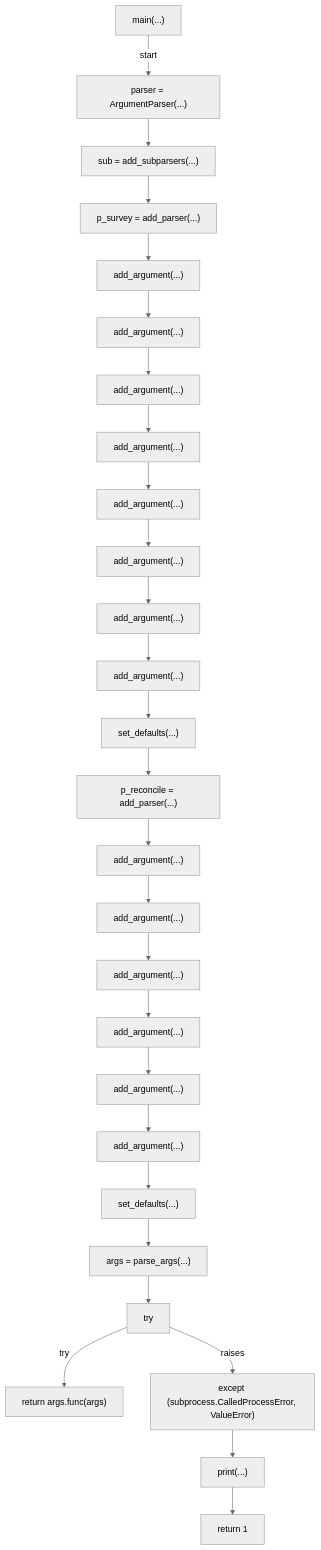
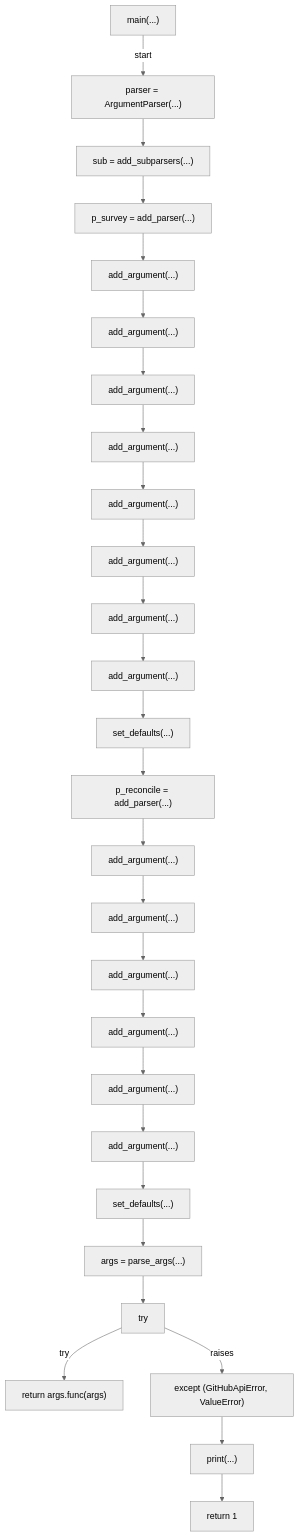
Diagram 25 of 25 in docs/generated/scripts/ast/branch_cleanup.md (tvna/claude-md), drawn with Mermaid (neutral theme) before and after one commit. The commit also changed other lines of this file and 15 other files, not shown here.

First line of the commit message:
docs(generated): regenerate decision tree and workflow diagrams

````diff
--- a/docs/generated/scripts/ast/branch_cleanup.md
+++ b/docs/generated/scripts/ast/branch_cleanup.md
@@ -431,56 +443,56 @@
 ```mermaid
 flowchart TD
     N001["main(...)"]
     N002["parser = ArgumentParser(...)"]
     N003["sub = add_subparsers(...)"]
     N004["p_survey = add_parser(...)"]
     N005["add_argument(...)"]
     N006["add_argument(...)"]
     N007["add_argument(...)"]
     N008["add_argument(...)"]
     N009["add_argument(...)"]
     N010["add_argument(...)"]
     N011["add_argument(...)"]
     N012["add_argument(...)"]
     N013["set_defaults(...)"]
     N014["p_reconcile = add_parser(...)"]
     N015["add_argument(...)"]
     N016["add_argument(...)"]
     N017["add_argument(...)"]
     N018["add_argument(...)"]
     N019["add_argument(...)"]
     N020["add_argument(...)"]
     N021["set_defaults(...)"]
     N022["args = parse_args(...)"]
     N023["try"]
     N024["return args.func(args)"]
-    N025["except (subprocess.CalledProcessError, ValueError)"]
+    N025["except (GitHubApiError, ValueError)"]
     N026["print(...)"]
     N027["return 1"]
     N001 -->|"start"| N002
     N002 --> N003
     N003 --> N004
     N004 --> N005
     N005 --> N006
     N006 --> N007
     N007 --> N008
     N008 --> N009
     N009 --> N010
     N010 --> N011
     N011 --> N012
     N012 --> N013
     N013 --> N014
     N014 --> N015
     N015 --> N016
     N016 --> N017
     N017 --> N018
     N018 --> N019
     N019 --> N020
     N020 --> N021
     N021 --> N022
     N022 --> N023
     N023 -->|"try"| N024
     N023 -->|"raises"| N025
     N025 --> N026
     N026 --> N027
 ```
````
